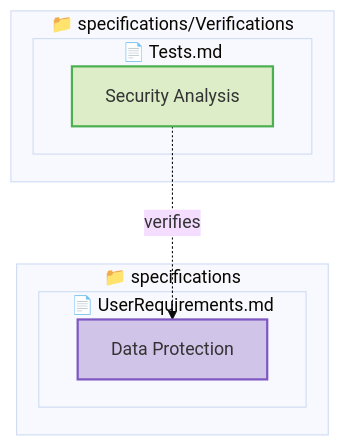
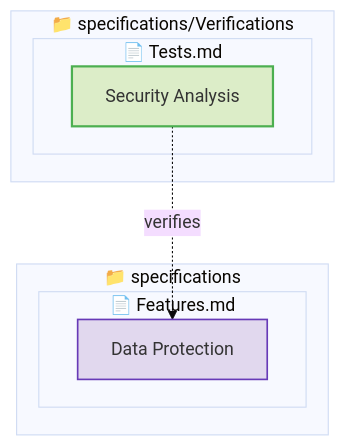
Before and after one commit to reqvire-org/reqvire: the fifth of 6 diagrams in tests/test-verification-traces/expected/expected_redundant_output.md, drawn with Mermaid (base theme). The commit also changed other lines of this file and 446 other files, not shown here.

````diff
--- a/tests/test-verification-traces/expected/expected_redundant_output.md
+++ b/tests/test-verification-traces/expected/expected_redundant_output.md
@@ -166,24 +166,24 @@
 ```mermaid
 graph TD
-  classDef userRequirement fill:#D1C4E9,stroke:#7E57C2,stroke-width:2px;
+  classDef feature fill:#BBDEFB,stroke:#1976D2,stroke-width:2.5px;
   classDef systemRequirement fill:#E1D8EE,stroke:#673AB7,stroke-width:1.5px;
   classDef requirement fill:#ECEFF1,stroke:#673AB7,stroke-width:1.5px;
   classDef verification fill:#DCEDC8,stroke:#4CAF50,stroke-width:2px;
   classDef folder fill:#FAFAFA,stroke:#9E9E9E,stroke-width:3px;
   classDef file fill:#FFF8E1,stroke:#FFCA28,stroke-width:2px;
   classDef default fill:#F5F5F5,stroke:#424242,stroke-width:1.5px;
 
   subgraph 9d68b769fcbc79d0["📁 specifications"]
-    subgraph 6e2c14866f0b0117["📄 UserRequirements.md"]
-      b438e866c4f1f7cb["Data Protection"]:::userRequirement
-      click b438e866c4f1f7cb "specifications/UserRequirements.md#data-protection";
+    subgraph 52b96646352f3ec7["📄 Features.md"]
+      2964ce5888d0c623["Data Protection"]:::systemRequirement
+      click 2964ce5888d0c623 "specifications/Features.md#data-protection";
     end
   end
   subgraph 9f0649e759bd2822["📁 specifications/Verifications"]
     subgraph 7d9dffd79ed1d5b8["📄 Tests.md"]
       c7c891cbfd4a225d["Security Analysis"]:::verification
       click c7c891cbfd4a225d "specifications/Verifications/Tests.md#security-analysis";
     end
   end
-  c7c891cbfd4a225d -.->|verifies| b438e866c4f1f7cb;
+  c7c891cbfd4a225d -.->|verifies| 2964ce5888d0c623;
 ```
````
